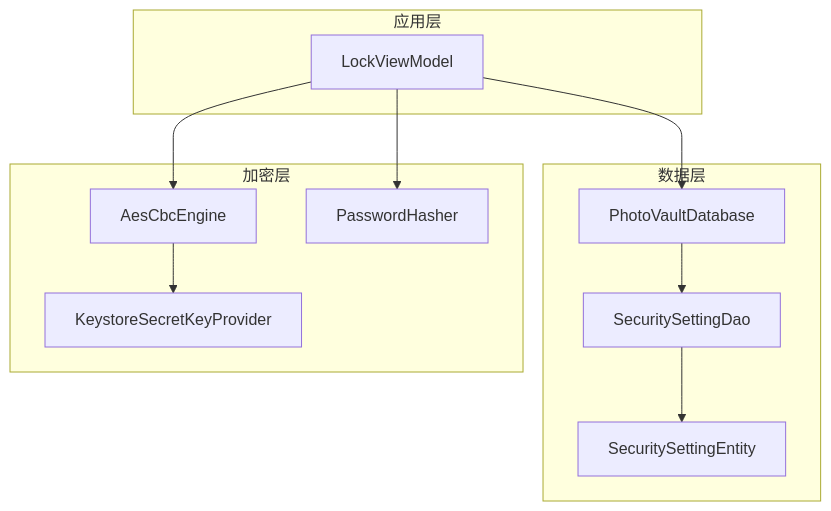
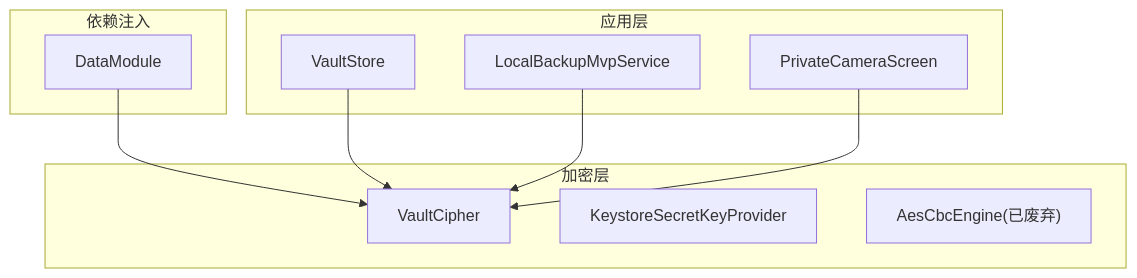
Before and after one commit to wanhongbo/ai-photo-vault: the first of 5 diagrams in .qoder/repowiki/zh/content/核心功能模块/加密存储系统/AES-CBC加密引擎.md, drawn with Mermaid. The commit also changed other lines of this file and 22 other files, not shown here.

````diff
--- a/.qoder/repowiki/zh/content/核心功能模块/加密存储系统/AES-CBC加密引擎.md
+++ b/.qoder/repowiki/zh/content/核心功能模块/加密存储系统/AES-CBC加密引擎.md
@@ -50,22 +56,20 @@
 ```mermaid
 graph TB
-subgraph "数据层"
-DB["PhotoVaultDatabase"]
-DAO["SecuritySettingDao"]
-Entity["SecuritySettingEntity"]
-end
 subgraph "加密层"
-Engine["AesCbcEngine"]
+VC["VaultCipher"]
 KSP["KeystoreSecretKeyProvider"]
-PH["PasswordHasher"]
+AE["AesCbcEngine(已废弃)"]
 end
 subgraph "应用层"
-VM["LockViewModel"]
+VS["VaultStore"]
+LB["LocalBackupMvpService"]
+PCS["PrivateCameraScreen"]
 end
-VM --> DB
-DB --> DAO
-DAO --> Entity
-VM --> PH
-VM --> Engine
-Engine --> KSP
+subgraph "依赖注入"
+DM["DataModule"]
+end
+DM --> VC
+VS --> VC
+LB --> VC
+PCS --> VC
 ```
````
